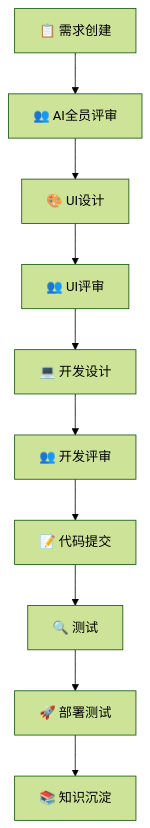
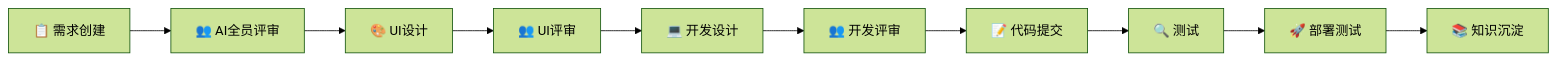
Before and after one commit to serenamustrich/dev-standard: the first of 3 diagrams in README.md, drawn with Mermaid (forest theme). The commit also changed other lines of this file and 1 other file, not shown here.

First line of the commit message:
chore: 修正Mermaid流程图从左到右(LR)

````diff
--- a/README.md
+++ b/README.md
@@ -40,12 +40,12 @@
 ```mermaid
-graph TD
+flowchart LR
     A[📋 需求创建] --> B[👥 AI全员评审]
     B --> C[🎨 UI设计]
     C --> D[👥 UI评审]
     D --> E[💻 开发设计]
     E --> F[👥 开发评审]
     F --> G[📝 代码提交]
     G --> H[🔍 测试]
     H --> I[🚀 部署测试]
     I --> J[📚 知识沉淀]
 ```
````
